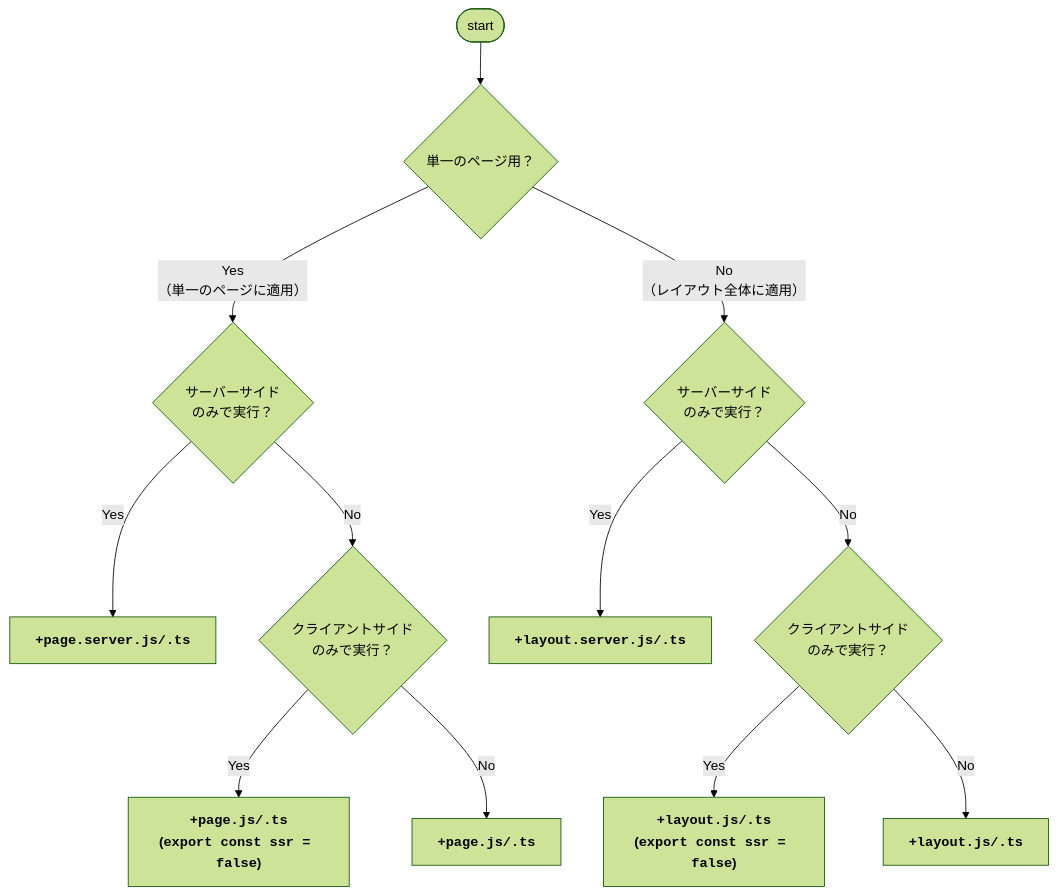
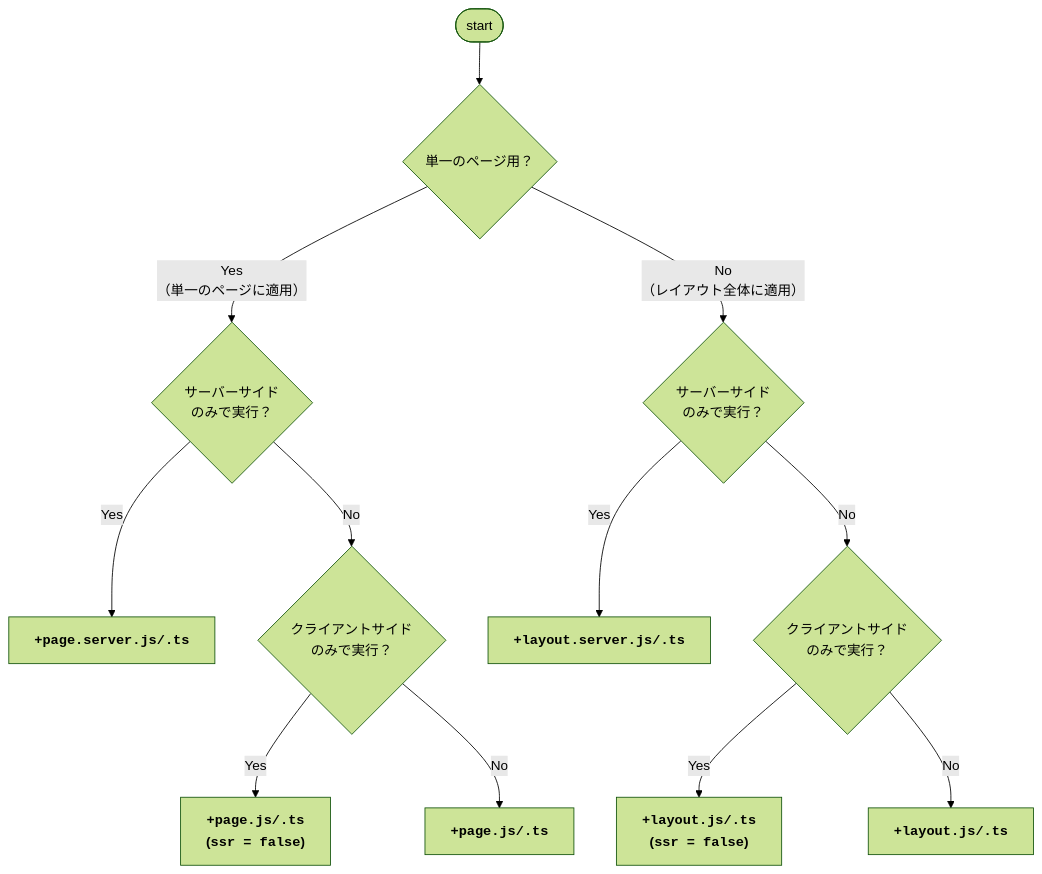
Before and after one commit to maku77/maku.blog: the diagram in content/tech/svelte/load-data/index.md, drawn with Mermaid (forest theme).

Commit message:
Refine mermaid code

```diff
--- a/content/tech/svelte/load-data/index.md
+++ b/content/tech/svelte/load-data/index.md
@@ -51,15 +51,14 @@
 {{< mermaid title="どのファイルで load 関数を実装すればよいか" >}}
-graph TB
-    Start([start])-->Branch1{単一のページ用？}
-    Branch1--Yes<br/>（単一のページに適用）-->Branch2{サーバーサイド<br/>のみで実行？}
-    Branch2--Yes-->End2_Yes[<strong><code>+page.server.js/.ts</code></strong>]
-    Branch2--"No"-->Branch3{クライアントサイド<br/>のみで実行？}
-    Branch3--Yes-->End3_Yes["<strong><code>+page.js/.ts</code><br/>(<code>export const ssr = false</code>)</strong>"]
-    Branch3--"No"-->End3_No["<strong><code>+page.js/.ts</code></strong>"]
-
-    Branch1--No<br/>（レイアウト全体に適用）-->Branch4{サーバーサイド<br/>のみで実行？}
-    Branch4--Yes-->End4_Yes[<strong><code>+layout.server.js/.ts</code></strong>]
-    Branch4--"No"-->Branch5{クライアントサイド<br/>のみで実行？}
-    Branch5--Yes-->End5_Yes["<strong><code>+layout.js/.ts</code><br/>(<code>export const ssr = false</code>)</strong>"]
-    Branch5--"No"-->End5_No["<strong><code>+layout.js/.ts</code></strong>"]
+graph TD
+  Start([start]) --> Branch1{"単一のページ用？"}
+  Branch1 --"Yes<br/>（単一のページに適用）"--> Branch2{"サーバーサイド<br/>のみで実行？"}
+  Branch2 --"Yes"--> End2_Yes["<strong><code>+page.server.js/.ts</code></strong>"]
+  Branch2 --"No"--> Branch3{"クライアントサイド<br/>のみで実行？"}
+  Branch3 --"Yes"--> End3_Yes["<strong><code>+page.js/.ts</code><br/>(<code>ssr = false</code>)</strong>"]
+  Branch3 --"No"--> End3_No["<strong><code>+page.js/.ts</code></strong>"]
+  Branch1 --"No<br/>（レイアウト全体に適用）"--> Branch4{"サーバーサイド<br/>のみで実行？"}
+  Branch4 --"Yes"--> End4_Yes["<strong><code>+layout.server.js/.ts</code></strong>"]
+  Branch4 --"No"--> Branch5{"クライアントサイド<br/>のみで実行？"}
+  Branch5 --"Yes"--> End5_Yes["<strong><code>+layout.js/.ts</code><br/>(<code>ssr = false</code>)</strong>"]
+  Branch5 --"No"--> End5_No["<strong><code>+layout.js/.ts</code></strong>"]
 {{< /mermaid >}}
```
